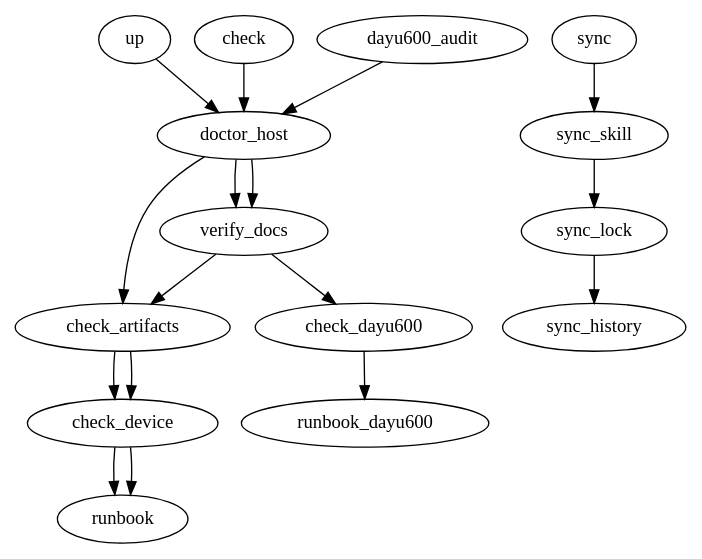
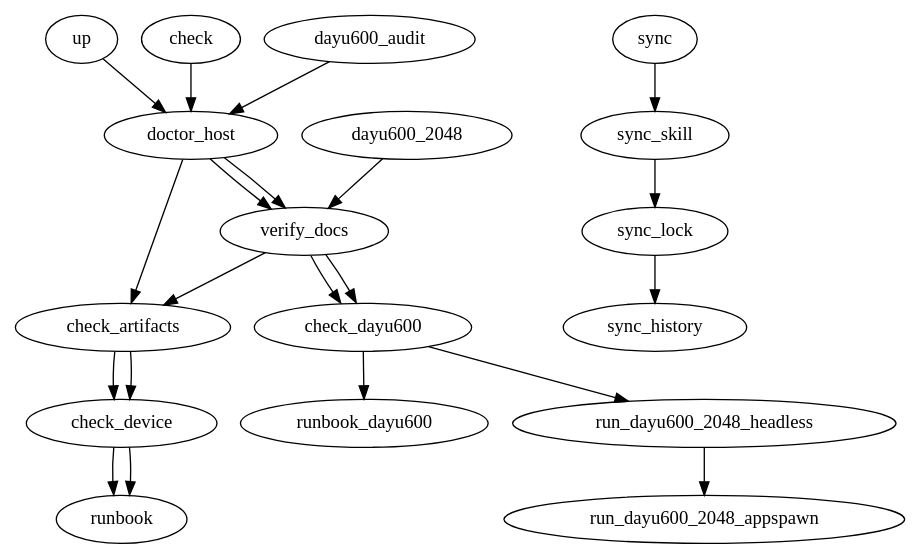
Before and after one commit to BH3GEI/westlake-piercing: the diagram in REPO_PIPELINE.dot, drawn with Graphviz. The commit also changed 454 other files, not shown here.

```diff
--- a/REPO_PIPELINE.dot
+++ b/REPO_PIPELINE.dot
@@ -1,89 +1,107 @@
 digraph westlake_repo_skill {
   graph [
     skill="westlake-piercing",
     version="0.1",
     default_runner=".repo-skill/src/dot_runner.py"
   ];
 
   up [
     type="workflow",
     steps="doctor_host check_artifacts check_device runbook"
   ];
 
   check [
     type="workflow",
     steps="doctor_host verify_docs check_artifacts check_device runbook"
   ];
 
   dayu600_audit [
     type="workflow",
     steps="doctor_host verify_docs check_dayu600 runbook_dayu600"
+  ];
+
+  dayu600_2048 [
+    type="workflow",
+    steps="verify_docs check_dayu600 run_dayu600_2048_headless run_dayu600_2048_appspawn"
   ];
 
   sync [
     type="workflow",
     steps="sync_skill sync_lock sync_history"
   ];
 
   doctor_host [
     kind="cmd",
     cmd="python3 .repo-skill/src/westlake_checks.py host",
     purpose="check host tools and reference paths"
   ];
 
   verify_docs [
     kind="cmd",
     cmd="python3 .repo-skill/src/westlake_checks.py docs",
     purpose="check that the reproduction docs and lock files are present"
   ];
 
   check_artifacts [
     kind="cmd",
     cmd="python3 .repo-skill/src/westlake_checks.py artifacts",
     purpose="check external binary baseline or rebuild inputs"
   ];
 
   check_device [
     kind="cmd",
     cmd="python3 .repo-skill/src/westlake_checks.py device",
     purpose="check DAYU200/RK3568 hdc reachability"
   ];
 
   check_dayu600 [
     kind="cmd",
     cmd="python3 .repo-skill/src/westlake_checks.py dayu600",
     purpose="check DAYU600/uis7885 hdc reachability and non-mutating substrate facts"
   ];
 
   runbook [
     kind="cmd",
     cmd="python3 .repo-skill/src/westlake_checks.py runbook",
     purpose="print the next replay documents and validation target"
   ];
 
   runbook_dayu600 [
     kind="cmd",
     cmd="python3 .repo-skill/src/westlake_checks.py runbook-dayu600",
     purpose="print the DAYU600 porting runbook and safety rules"
   ];
 
+  run_dayu600_2048_headless [
+    kind="cmd",
+    cmd="python3 .repo-skill/src/westlake_checks.py dayu600-2048-headless",
+    purpose="run the real 2048 APK MainActivity and game-model probe under standalone DAYU600 ART"
+  ];
+
+  run_dayu600_2048_appspawn [
+    kind="cmd",
+    cmd="python3 .repo-skill/src/westlake_checks.py dayu600-2048-appspawn",
+    purpose="run the real 2048 APK onCreate probe inside the temporary AppSpawnX app child"
+  ];
+
   sync_skill [
     kind="agent",
     purpose="update REPO_SKILL.md and .repo-skill/SKILL.md if project knowledge changed"
   ];
 
   sync_lock [
     kind="agent",
     purpose="update REPO_LOCK.toml if versions, hashes, hardware, tools, or artifacts changed"
   ];
 
   sync_history [
     kind="agent",
     purpose="append REPO_HISTORY.dot and .repo-skill/turns/<change>.md before commit"
   ];
 
   up -> doctor_host -> check_artifacts -> check_device -> runbook;
   check -> doctor_host -> verify_docs -> check_artifacts -> check_device -> runbook;
   dayu600_audit -> doctor_host -> verify_docs -> check_dayu600 -> runbook_dayu600;
+  dayu600_2048 -> verify_docs -> check_dayu600 -> run_dayu600_2048_headless -> run_dayu600_2048_appspawn;
   sync -> sync_skill -> sync_lock -> sync_history;
 }
```
